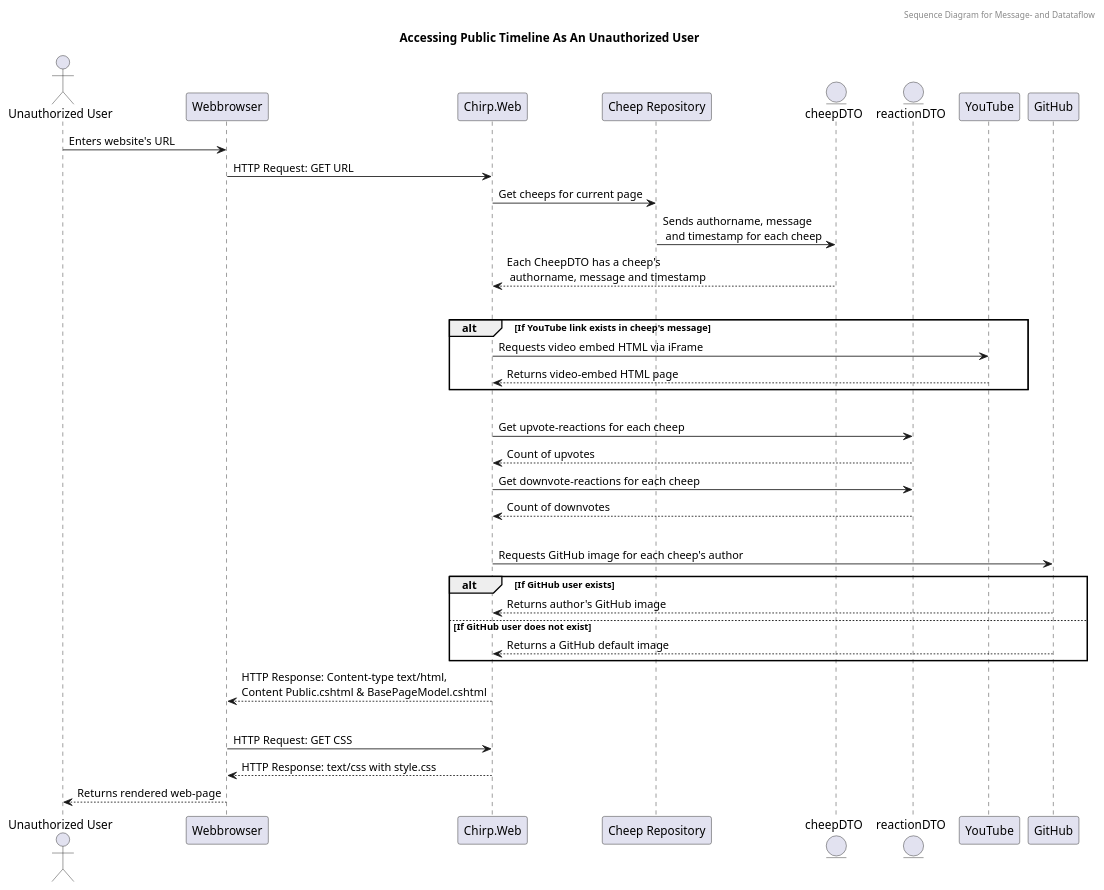
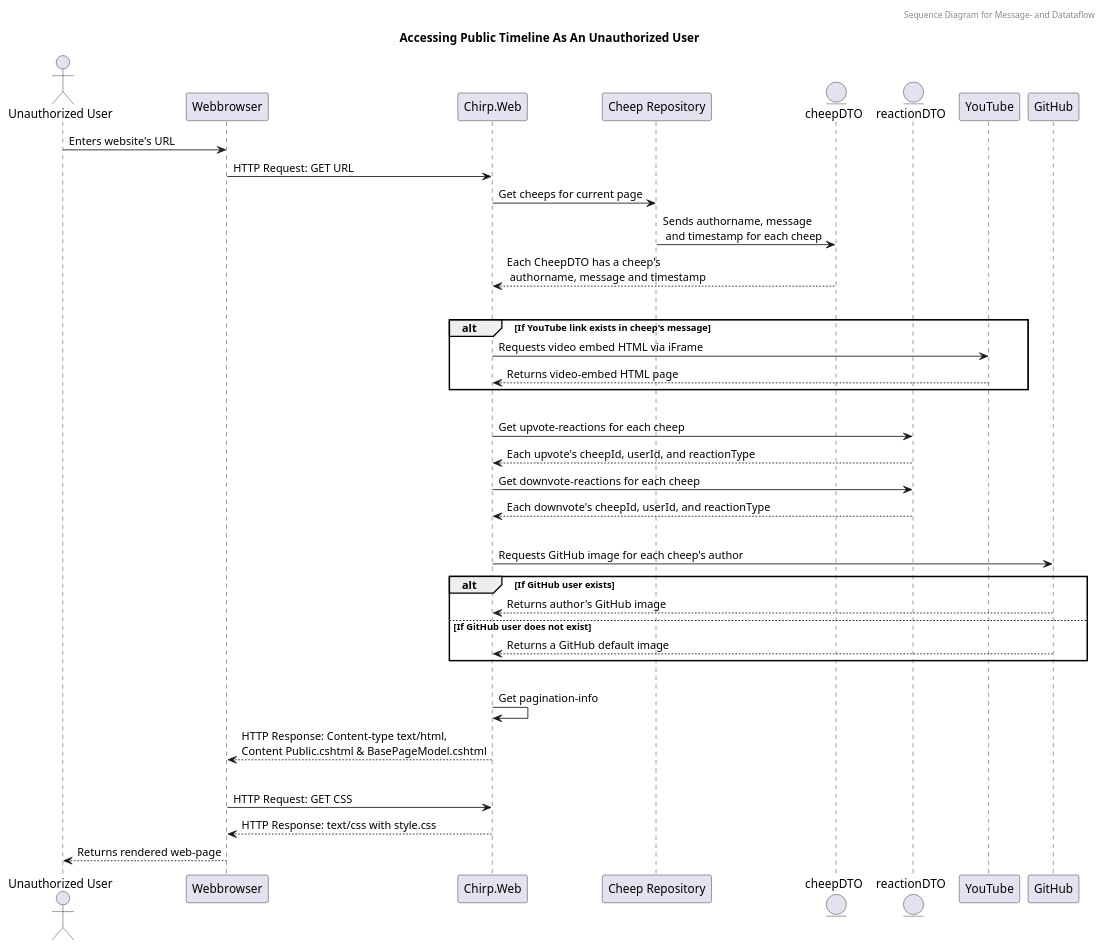
One commit to ITU-BDSA23-GROUP10/Chirp changed the diagram in docs/report_diagrams/UML_sequence_diagrams/msg_data_flow_UML_seq.puml. Above: the diagram before and after it, drawn with PlantUML.

Commit message:
Mentions pagination

```diff
--- a/docs/report_diagrams/UML_sequence_diagrams/msg_data_flow_UML_seq.puml
+++ b/docs/report_diagrams/UML_sequence_diagrams/msg_data_flow_UML_seq.puml
@@ -1,45 +1,48 @@
 @startuml
 header Sequence Diagram for Message- and Datataflow
 Title Accessing Public Timeline As An Unauthorized User
 
 
 actor "Unauthorized User" as UnauthorizedUser
 participant "Webbrowser" as Browser
 participant "Chirp.Web" as ChirpWeb
 participant "Cheep Repository" as CheepRepo
 entity cheepDTO as CheepDTO
 entity reactionDTO as ReactionDTO
 
 UnauthorizedUser -> Browser: Enters website's URL
 Browser -> ChirpWeb: HTTP Request: GET URL
 
 ChirpWeb -> CheepRepo: Get cheeps for current page
 CheepRepo -> CheepDTO: Sends authorname, message \n and timestamp for each cheep
 CheepDTO --> ChirpWeb: Each CheepDTO has a cheep's \n authorname, message and timestamp
 |||
 alt If YouTube link exists in cheep's message
     ChirpWeb -> YouTube: Requests video embed HTML via iFrame
     YouTube --> ChirpWeb: Returns video-embed HTML page
 end
 |||
 ChirpWeb -> ReactionDTO: Get upvote-reactions for each cheep
-Return Count of upvotes
+Return Each upvote's cheepId, userId, and reactionType
 ChirpWeb -> ReactionDTO: Get downvote-reactions for each cheep
-Return Count of downvotes
+Return Each downvote's cheepId, userId, and reactionType
 |||
 
 ChirpWeb -> GitHub: Requests GitHub image for each cheep's author
 alt If GitHub user exists
     GitHub --> ChirpWeb: Returns author's GitHub image
 else If GitHub user does not exist
     GitHub --> ChirpWeb: Returns a GitHub default image
 end
+|||
+
+ChirpWeb -> ChirpWeb: Get pagination-info
 
 ChirpWeb --> Browser: HTTP Response: Content-type text/html,\nContent Public.cshtml & BasePageModel.cshtml
 |||
 
 Browser -> ChirpWeb: HTTP Request: GET CSS
 ChirpWeb --> Browser: HTTP Response: text/css with style.css
 
 Browser --> UnauthorizedUser: Returns rendered web-page
 @enduml
```
